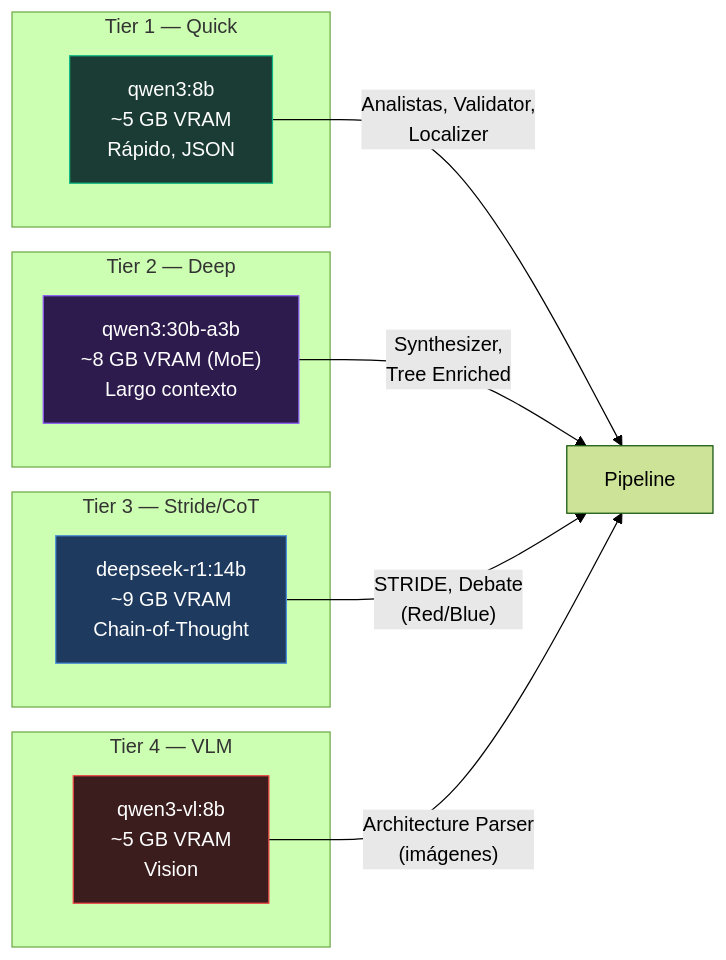
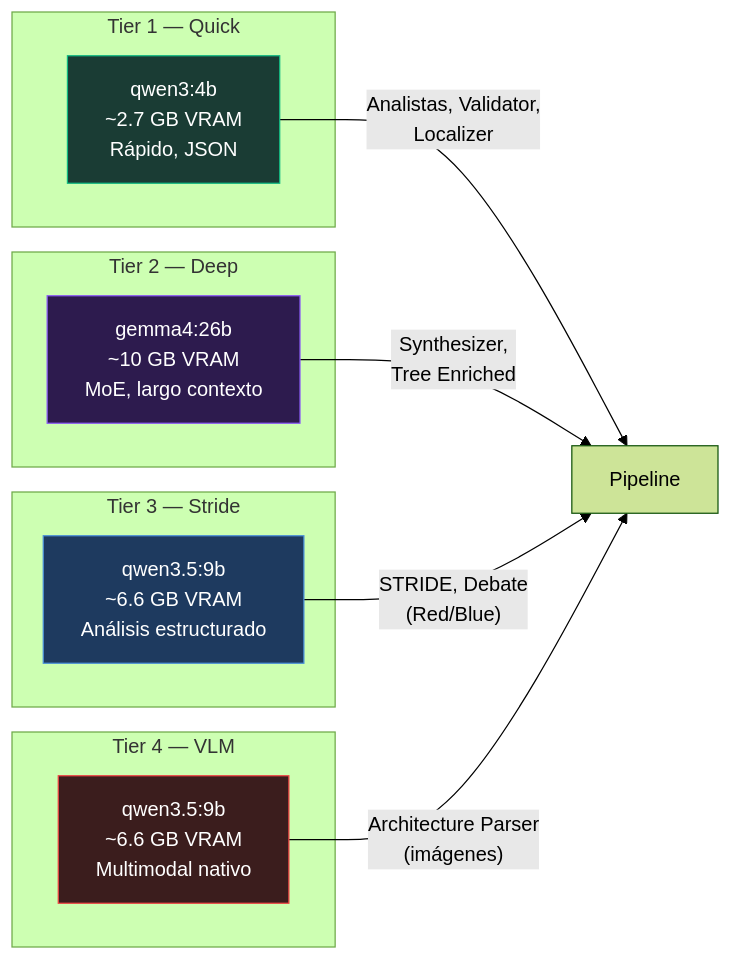
Before and after one commit to philocyber/agent-threat-modeler: the diagram in docs/06_modelos_llm.md, drawn with Mermaid (forest theme). The commit also changed other lines of this file and 56 other files, not shown here.

````diff
--- a/docs/06_modelos_llm.md
+++ b/docs/06_modelos_llm.md
@@ -11,25 +11,25 @@
 ```mermaid
 graph LR
     subgraph "Tier 1 — Quick"
-        Q["qwen3:8b<br/>~5 GB VRAM<br/>Rápido, JSON"]
+        Q["qwen3:4b<br/>~2.7 GB VRAM<br/>Rápido, JSON"]
     end
     subgraph "Tier 2 — Deep"
-        D["qwen3:30b-a3b<br/>~8 GB VRAM (MoE)<br/>Largo contexto"]
+        D["gemma4:26b<br/>~10 GB VRAM<br/>MoE, largo contexto"]
     end
-    subgraph "Tier 3 — Stride/CoT"
-        S["deepseek-r1:14b<br/>~9 GB VRAM<br/>Chain-of-Thought"]
+    subgraph "Tier 3 — Stride"
+        S["qwen3.5:9b<br/>~6.6 GB VRAM<br/>Análisis estructurado"]
     end
     subgraph "Tier 4 — VLM"
-        V["qwen3-vl:8b<br/>~5 GB VRAM<br/>Vision"]
+        V["qwen3.5:9b<br/>~6.6 GB VRAM<br/>Multimodal nativo"]
     end
 
     Q -->|"Analistas, Validator,<br/>Localizer"| PIPELINE["Pipeline"]
     D -->|"Synthesizer,<br/>Tree Enriched"| PIPELINE
     S -->|"STRIDE, Debate<br/>(Red/Blue)"| PIPELINE
     V -->|"Architecture Parser<br/>(imágenes)"| PIPELINE
 
     style Q fill:#1a3c34,stroke:#10b981,color:#fff
     style D fill:#2d1b4e,stroke:#8b5cf6,color:#fff
     style S fill:#1e3a5f,stroke:#4a90d9,color:#fff
     style V fill:#3b1d1d,stroke:#ef4444,color:#fff
 ```
````
